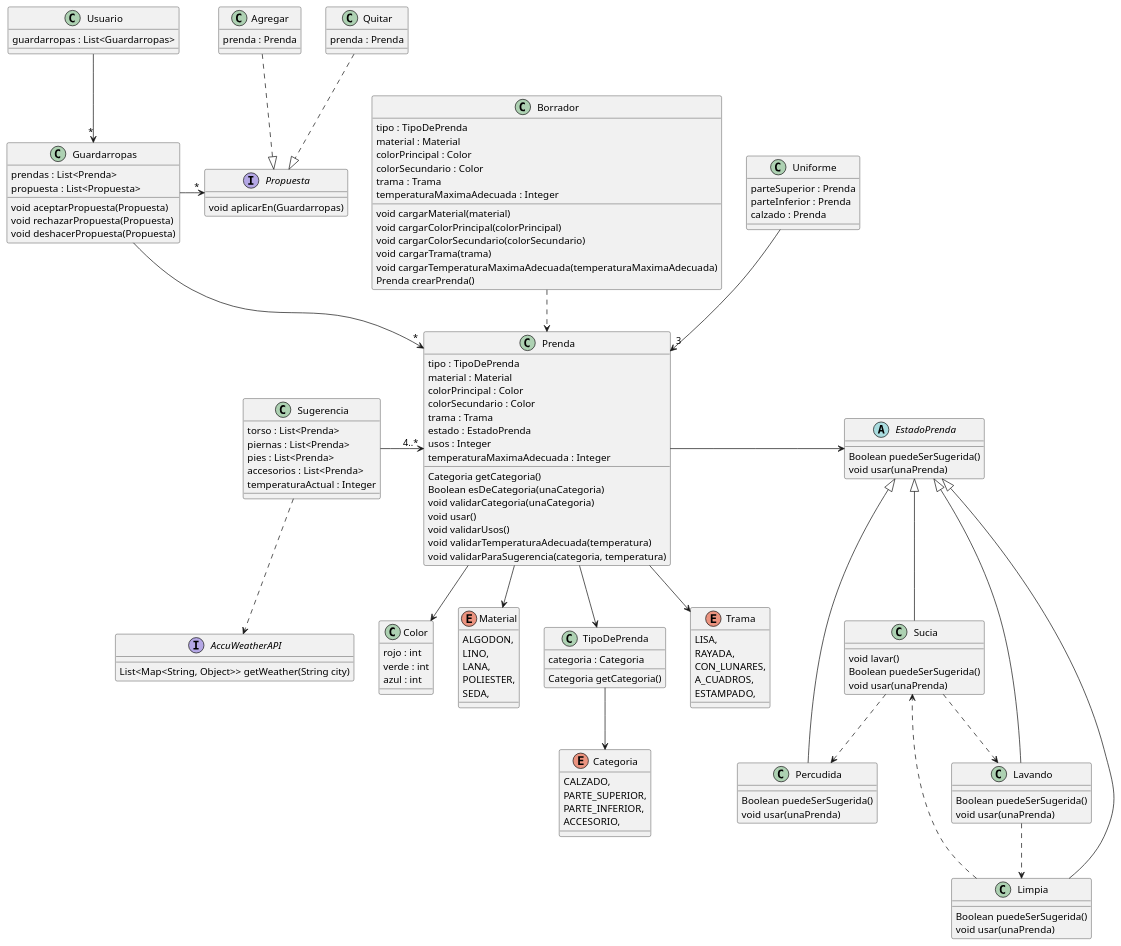
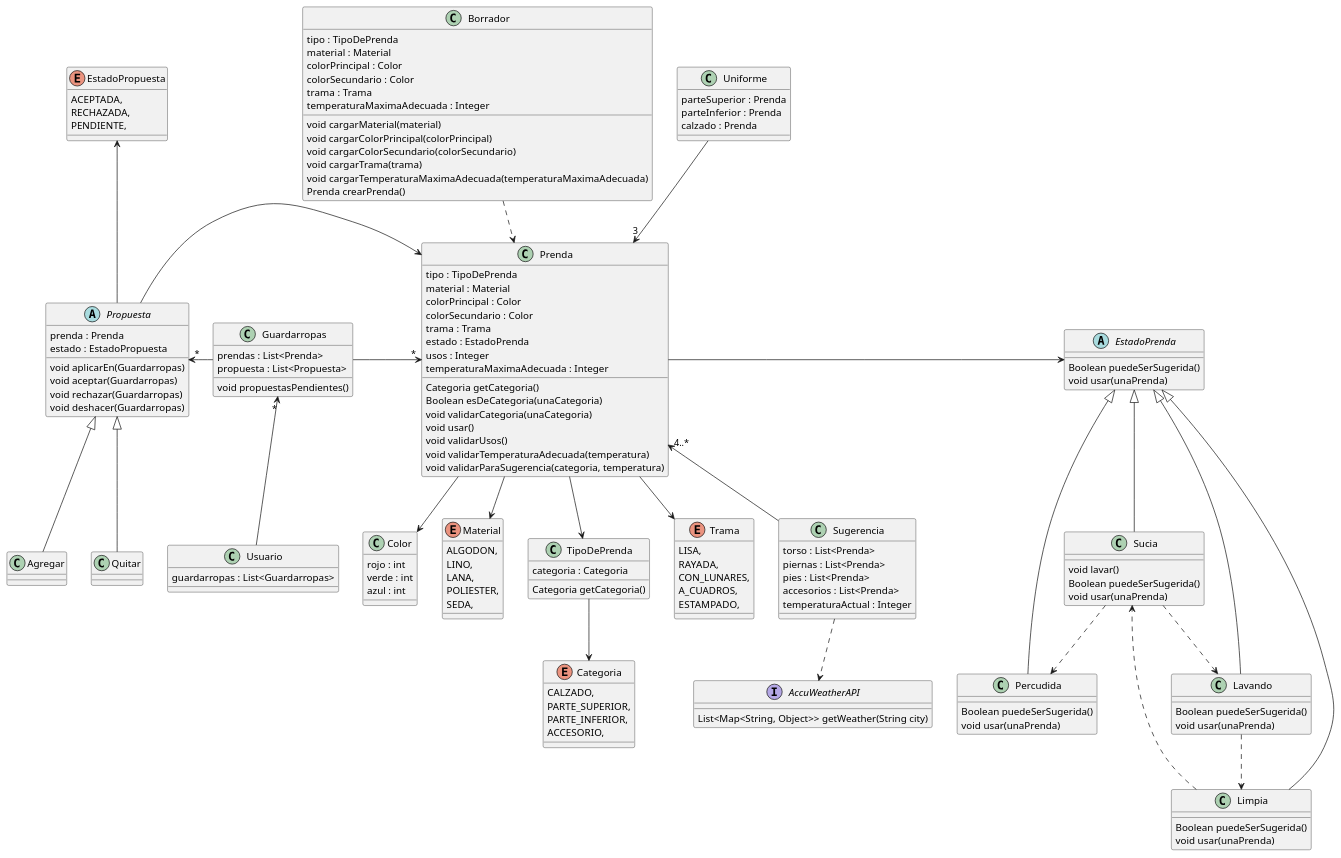
Before and after one commit to mbeorlegui/que-me-pongo: the diagram in diagrama.puml, drawn with PlantUML.

Commit message:
Correcciones del diagrama QMP5

```diff
--- a/diagrama.puml
+++ b/diagrama.puml
@@ -95,8 +95,8 @@
   calzado : Prenda
 }
 
+Borrador .down.> Prenda
 Uniforme -->"3" Prenda
-Borrador ..> Prenda
 
 
 class Sugerencia {
@@ -108,7 +108,7 @@
 }
 
 
-Sugerencia -> "4..*" Prenda
+Sugerencia -up-> "4..*" Prenda
 
 
 ' Para la segunda parte usamos el patron State
@@ -157,10 +157,7 @@
 class Guardarropas {
   prendas : List<Prenda>
   propuesta : List<Propuesta>
-
-  void aceptarPropuesta(Propuesta)
-  void rechazarPropuesta(Propuesta)
-  void deshacerPropuesta(Propuesta)
+  void propuestasPendientes()
 }
 
 ' Se consiguen las propuestas existentes con getPropuestas
@@ -169,24 +166,35 @@
   guardarropas : List<Guardarropas>
 }
 
-interface Propuesta {
+abstract class Propuesta {
+  prenda : Prenda
+  estado : EstadoPropuesta
   void aplicarEn(Guardarropas)
+  void aceptar(Guardarropas)
+  void rechazar(Guardarropas)
+  void deshacer(Guardarropas)
 }
 
 class Agregar {
-  prenda : Prenda
 }
 
 class Quitar {
-  prenda : Prenda
 }
 
-Guardarropas --> "*" Prenda
-Usuario --> "*" Guardarropas
-Guardarropas -right-> "*" Propuesta
+enum EstadoPropuesta{
+  ACEPTADA,
+  RECHAZADA,
+  PENDIENTE,
+}
 
-Agregar .down.|> Propuesta
-Quitar .down.|> Propuesta
+Guardarropas -right-> "*" Prenda
+Usuario -up-> "*" Guardarropas
+Guardarropas -left-> "*" Propuesta
+Propuesta -up-> EstadoPropuesta
+Propuesta -right-> Prenda
+
+Agregar -up-|> Propuesta
+Quitar -up-|> Propuesta
 
 interface AccuWeatherAPI {
   List<Map<String, Object>> getWeather(String city)
```
